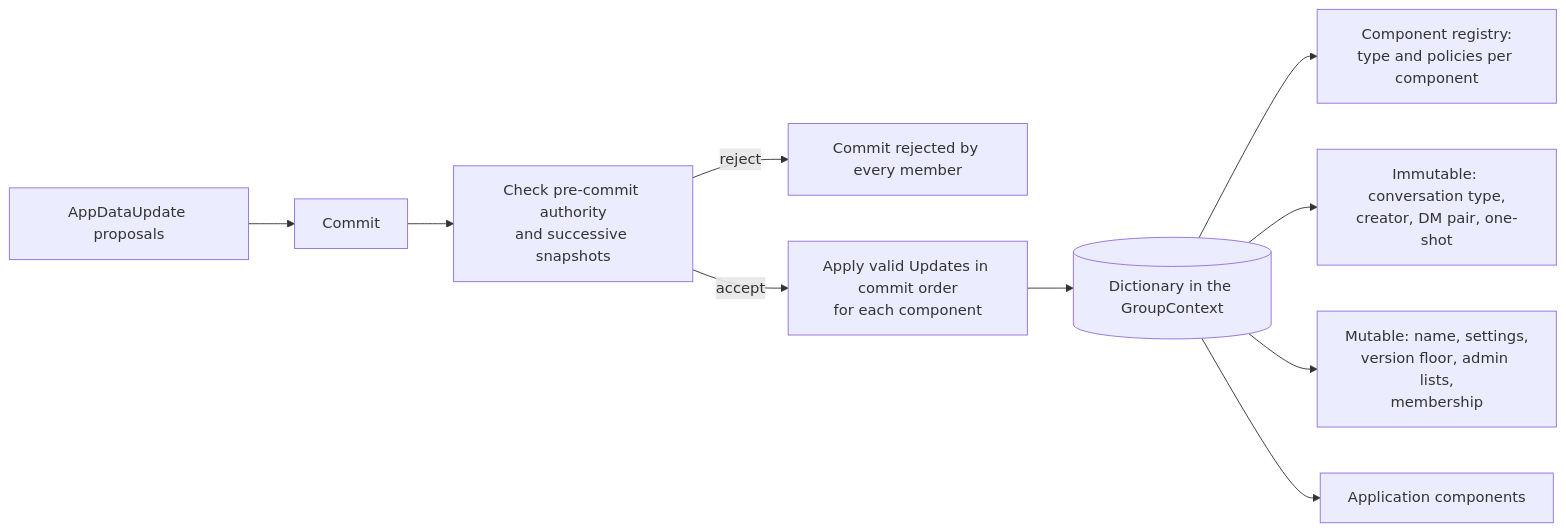
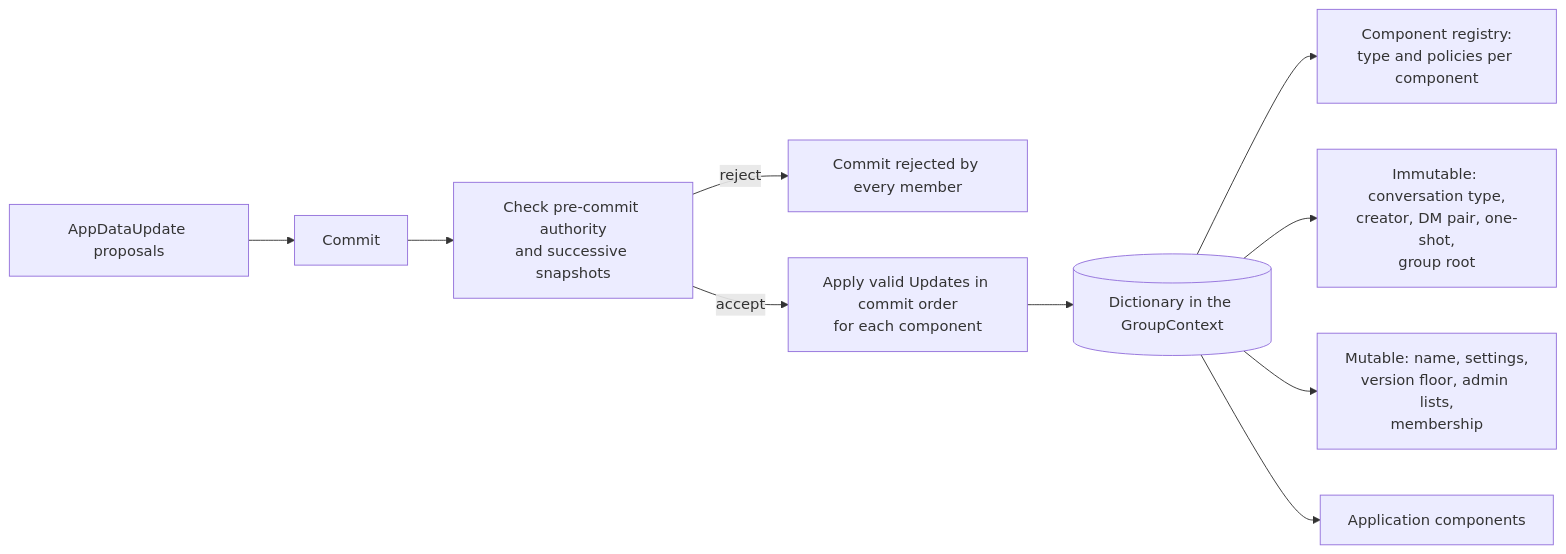
The diagram in docs/specs/META-group-metadata.md (xmtp/libxmtp), drawn with Mermaid before and after one commit. The commit also changed 6 other files, not shown here.

````diff
--- a/docs/specs/META-group-metadata.md
+++ b/docs/specs/META-group-metadata.md
@@ -11,12 +11,12 @@
 ```mermaid
 flowchart LR
   P[AppDataUpdate proposals] --> C[Commit]
   C --> V[Check pre-commit authority<br/>and successive snapshots]
   V -->|reject| X[Commit rejected by every member]
   V -->|accept| A[Apply valid Updates in commit order<br/>for each component]
   A --> D[(Dictionary in the GroupContext)]
   D --> R[Component registry:<br/>type and policies per component]
-  D --> I[Immutable: conversation type,<br/>creator, DM pair, one-shot]
+  D --> I[Immutable: conversation type,<br/>creator, DM pair, one-shot,<br/>group root]
   D --> M[Mutable: name, settings,<br/>version floor, admin lists,<br/>membership]
   D --> O[Application components]
 ```
````
